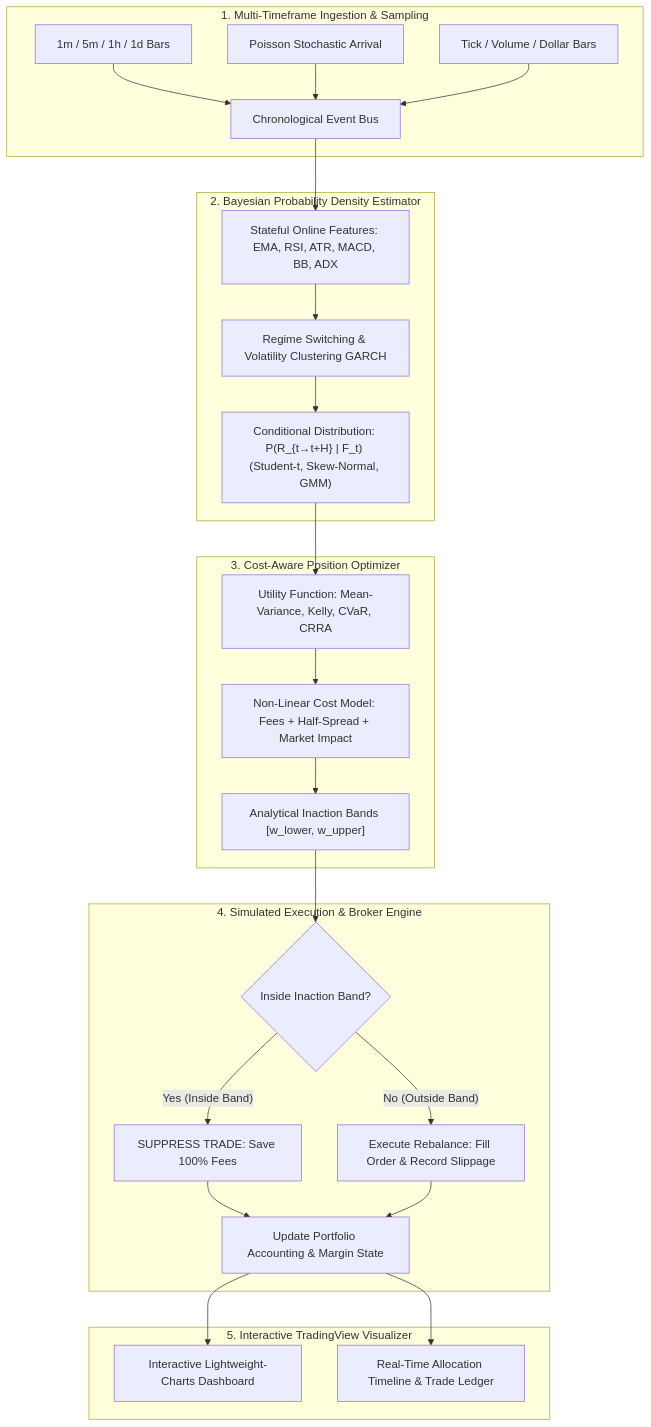
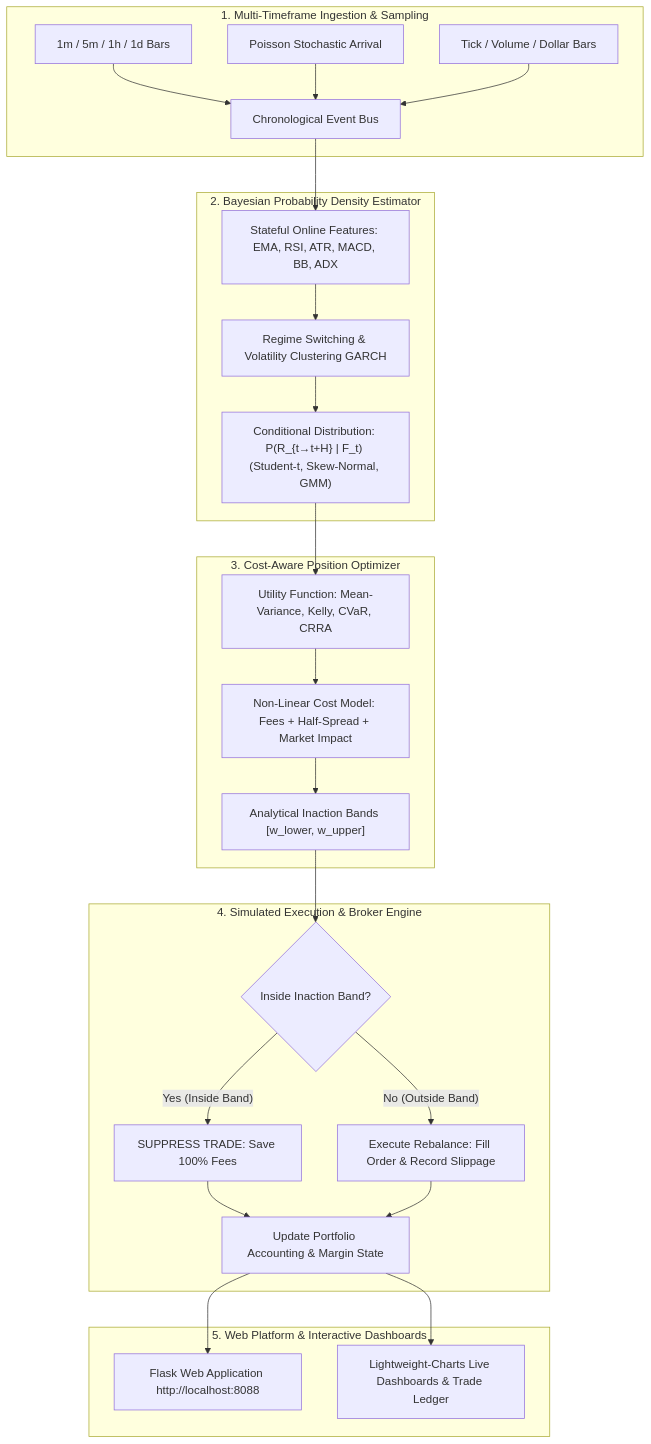
Before and after one commit to psychodevil/trading_bot: the diagram in README.md, drawn with Mermaid. The commit also changed other lines of this file and 42 other files, not shown here.

````diff
--- a/README.md
+++ b/README.md
@@ -31,33 +31,33 @@
 ```mermaid
 flowchart TD
     subgraph Ingestion["1. Multi-Timeframe Ingestion & Sampling"]
         A1[1m / 5m / 1h / 1d Bars] --> A4[Chronological Event Bus]
         A2[Poisson Stochastic Arrival] --> A4
         A3[Tick / Volume / Dollar Bars] --> A4
     end
 
     subgraph Forecast["2. Bayesian Probability Density Estimator"]
         A4 --> B1[Stateful Online Features: EMA, RSI, ATR, MACD, BB, ADX]
         B1 --> B2[Regime Switching & Volatility Clustering GARCH]
         B2 --> B3["Conditional Distribution: P(R_{t→t+H} | F_t) (Student-t, Skew-Normal, GMM)"]
     end
 
     subgraph Optimizer["3. Cost-Aware Position Optimizer"]
         B3 --> C1[Utility Function: Mean-Variance, Kelly, CVaR, CRRA]
         C1 --> C2[Non-Linear Cost Model: Fees + Half-Spread + Market Impact]
         C2 --> C3["Analytical Inaction Bands [w_lower, w_upper]"]
     end
 
     subgraph Execution["4. Simulated Execution & Broker Engine"]
         C3 --> D1{Inside Inaction Band?}
         D1 -- Yes (Inside Band) --> D2[SUPPRESS TRADE: Save 100% Fees]
         D1 -- No (Outside Band) --> D3[Execute Rebalance: Fill Order & Record Slippage]
         D2 --> D4[Update Portfolio Accounting & Margin State]
         D3 --> D4
     end
 
-    subgraph Visualization["5. Interactive TradingView Visualizer"]
-        D4 --> E1[Interactive Lightweight-Charts Dashboard]
-        D4 --> E2[Real-Time Allocation Timeline & Trade Ledger]
+    subgraph Visualization["5. Web Platform & Interactive Dashboards"]
+        D4 --> E1[Flask Web Application http://localhost:8088]
+        D4 --> E2[Lightweight-Charts Live Dashboards & Trade Ledger]
     end
 ```
````
